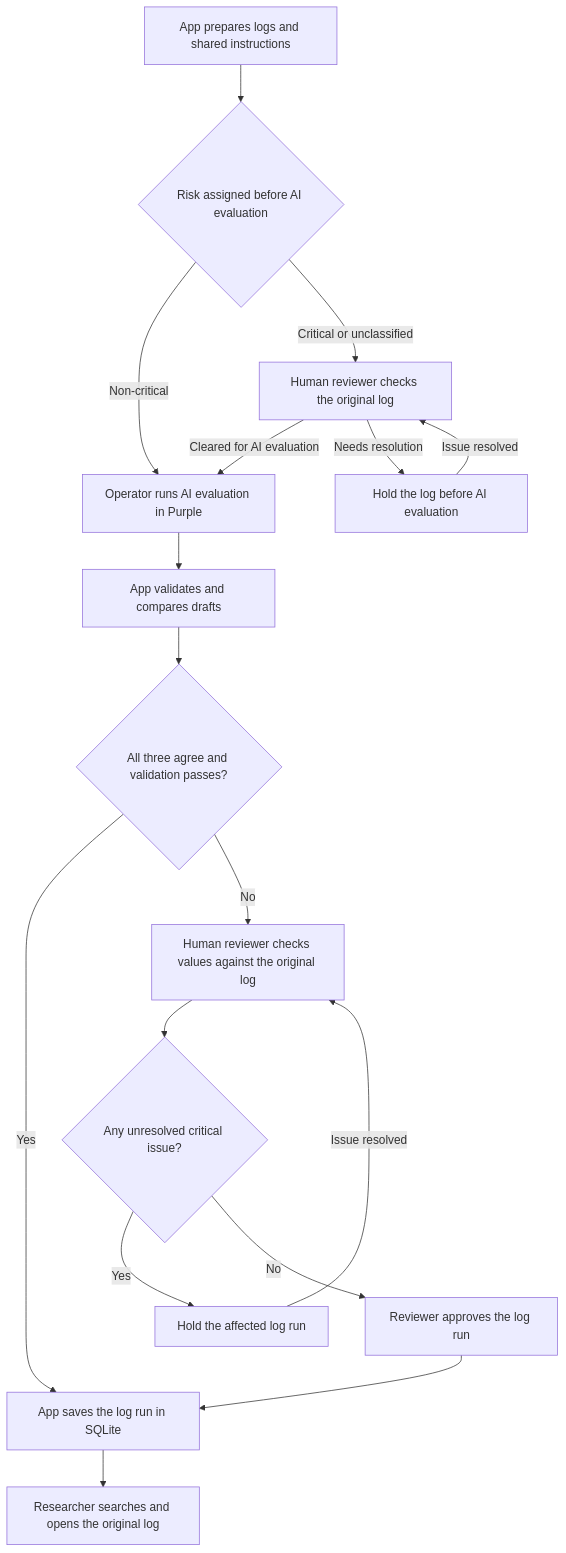
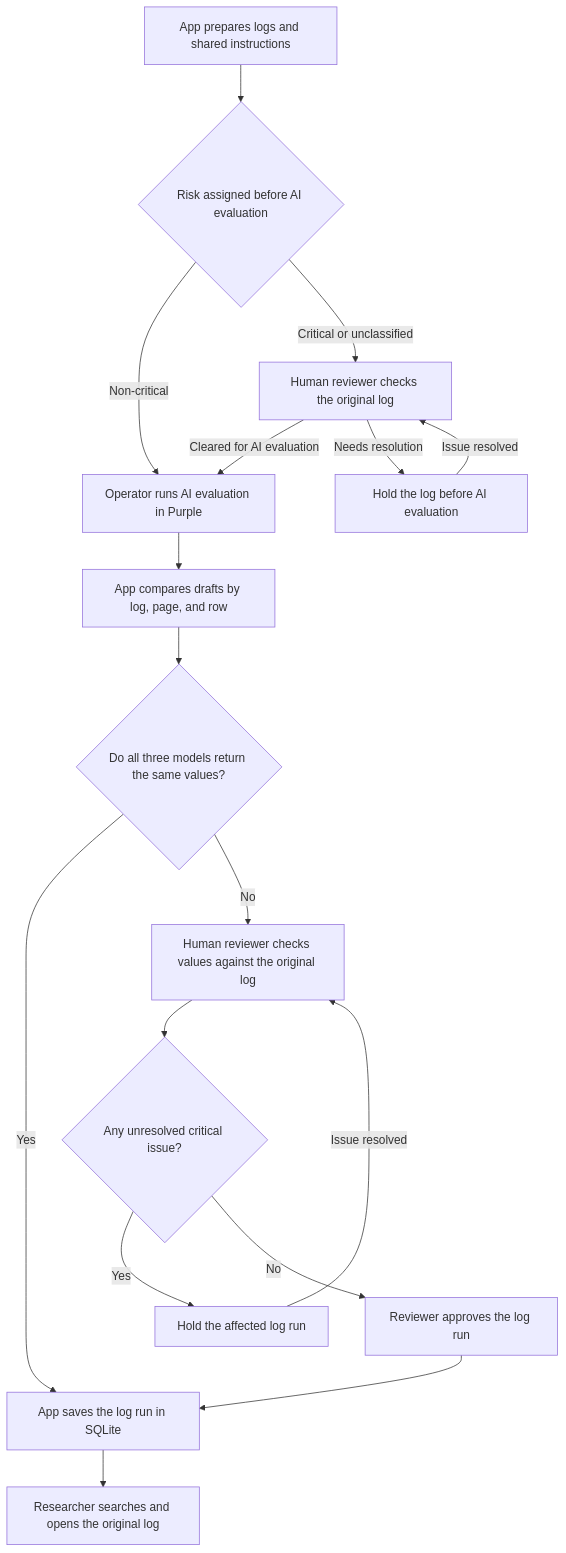
One commit to irisyjchang/quantum-materials-ai-archive changed the diagram in docs/design-document.md. Above: the diagram before and after it, drawn with Mermaid. The commit also changed other lines of this file, not shown here.

Commit message:
docs: use three-model agreement as the import decision

````diff
--- a/docs/design-document.md
+++ b/docs/design-document.md
@@ -36,19 +36,19 @@
 ```mermaid
 flowchart TD
     A[App prepares logs and shared instructions] --> R{Risk assigned before AI evaluation}
     R -->|Non-critical| D[Operator runs AI evaluation in Purple]
     R -->|Critical or unclassified| P[Human reviewer checks the original log]
     P -->|Cleared for AI evaluation| D
     P -->|Needs resolution| Q[Hold the log before AI evaluation]
     Q -->|Issue resolved| P
-    D --> F[App validates and compares drafts]
-    F --> V{All three agree and validation passes?}
+    D --> F[App compares drafts by log, page, and row]
+    F --> V{Do all three models return the same values?}
     V -->|Yes| K[App saves the log run in SQLite]
     V -->|No| G[Human reviewer checks values against the original log]
     G --> H{Any unresolved critical issue?}
     H -->|Yes| I[Hold the affected log run]
     I -->|Issue resolved| G
     H -->|No| J[Reviewer approves the log run]
     J --> K
     K --> L[Researcher searches and opens the original log]
 ```
````
